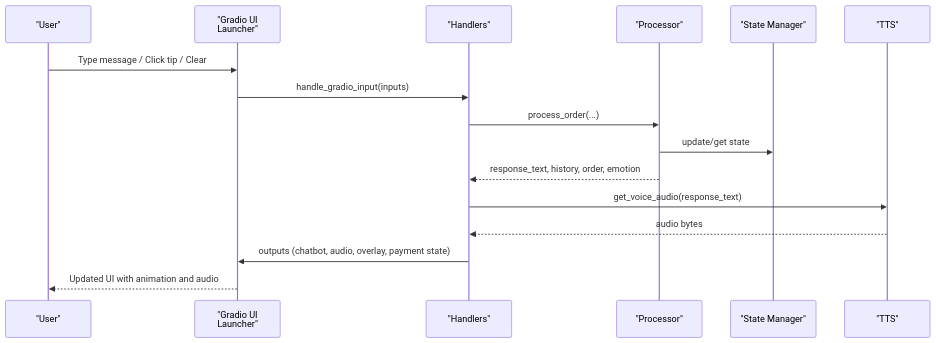
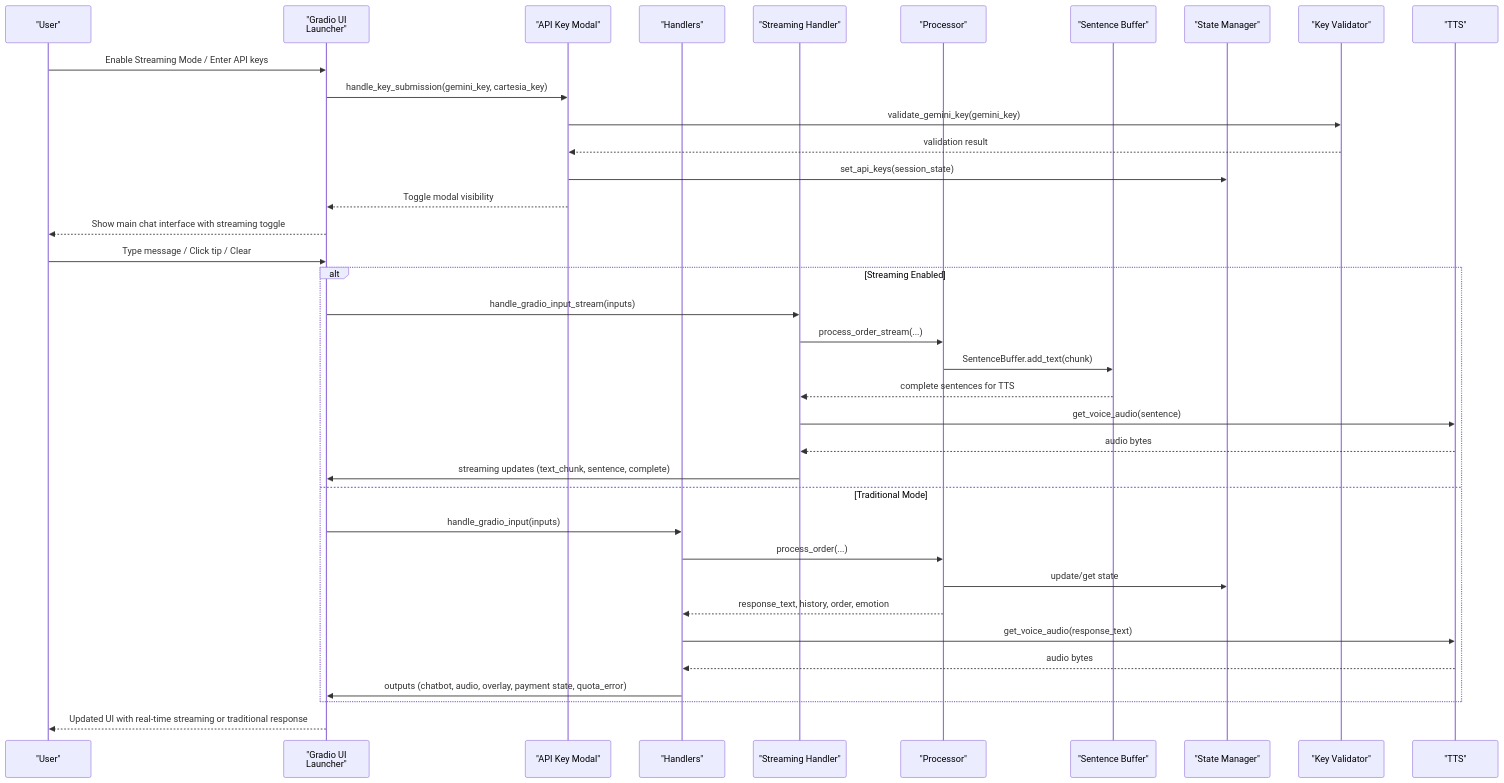
Before and after one commit to MOK-5-ha/MayaMCP: the second of 6 diagrams in .qoder/repowiki/en/content/User Interface Components/User Interface Components.md, drawn with Mermaid. The commit also changed other lines of this file and 27 other files, not shown here.

````diff
--- a/.qoder/repowiki/en/content/User Interface Components/User Interface Components.md
+++ b/.qoder/repowiki/en/content/User Interface Components/User Interface Components.md
@@ -110,18 +147,39 @@
 ```mermaid
 sequenceDiagram
 participant U as "User"
 participant G as "Gradio UI<br/>Launcher"
+participant AK as "API Key Modal"
 participant H as "Handlers"
+participant HS as "Streaming Handler"
 participant P as "Processor"
+participant SB as "Sentence Buffer"
 participant S as "State Manager"
+participant K as "Key Validator"
 participant T as "TTS"
+U->>G : Enable Streaming Mode / Enter API keys
+G->>AK : handle_key_submission(gemini_key, cartesia_key)
+AK->>K : validate_gemini_key(gemini_key)
+K-->>AK : validation result
+AK->>S : set_api_keys(session_state)
+AK-->>G : Toggle modal visibility
+G-->>U : Show main chat interface with streaming toggle
 U->>G : Type message / Click tip / Clear
+alt Streaming Enabled
+G->>HS : handle_gradio_input_stream(inputs)
+HS->>P : process_order_stream(...)
+P->>SB : SentenceBuffer.add_text(chunk)
+SB-->>HS : complete sentences for TTS
+HS->>T : get_voice_audio(sentence)
+T-->>HS : audio bytes
+HS->>G : streaming updates (text_chunk, sentence, complete)
+else Traditional Mode
 G->>H : handle_gradio_input(inputs)
 H->>P : process_order(...)
 P->>S : update/get state
 P-->>H : response_text, history, order, emotion
 H->>T : get_voice_audio(response_text)
 T-->>H : audio bytes
-H->>G : outputs (chatbot, audio, overlay, payment state)
-G-->>U : Updated UI with animation and audio
+H->>G : outputs (chatbot, audio, overlay, payment state, quota_error)
+end
+G-->>U : Updated UI with real-time streaming or traditional response
 ```
````
